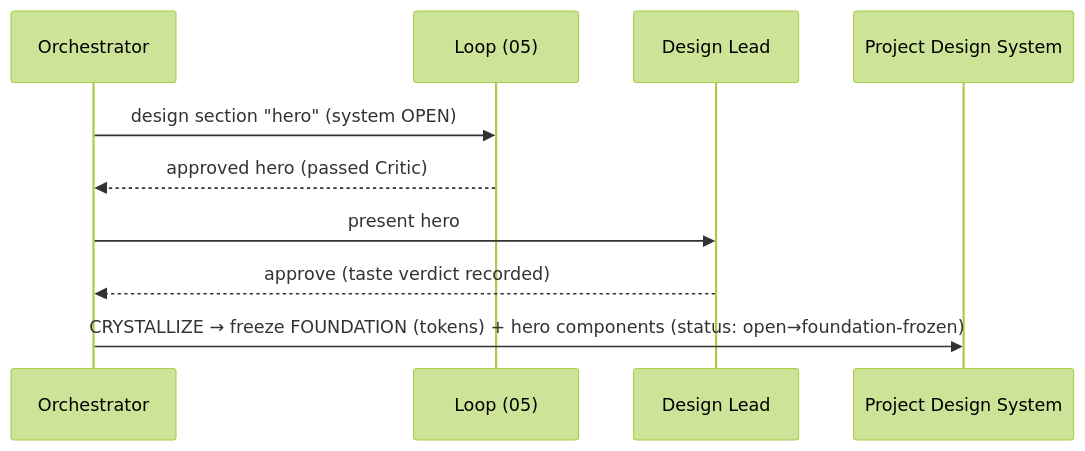
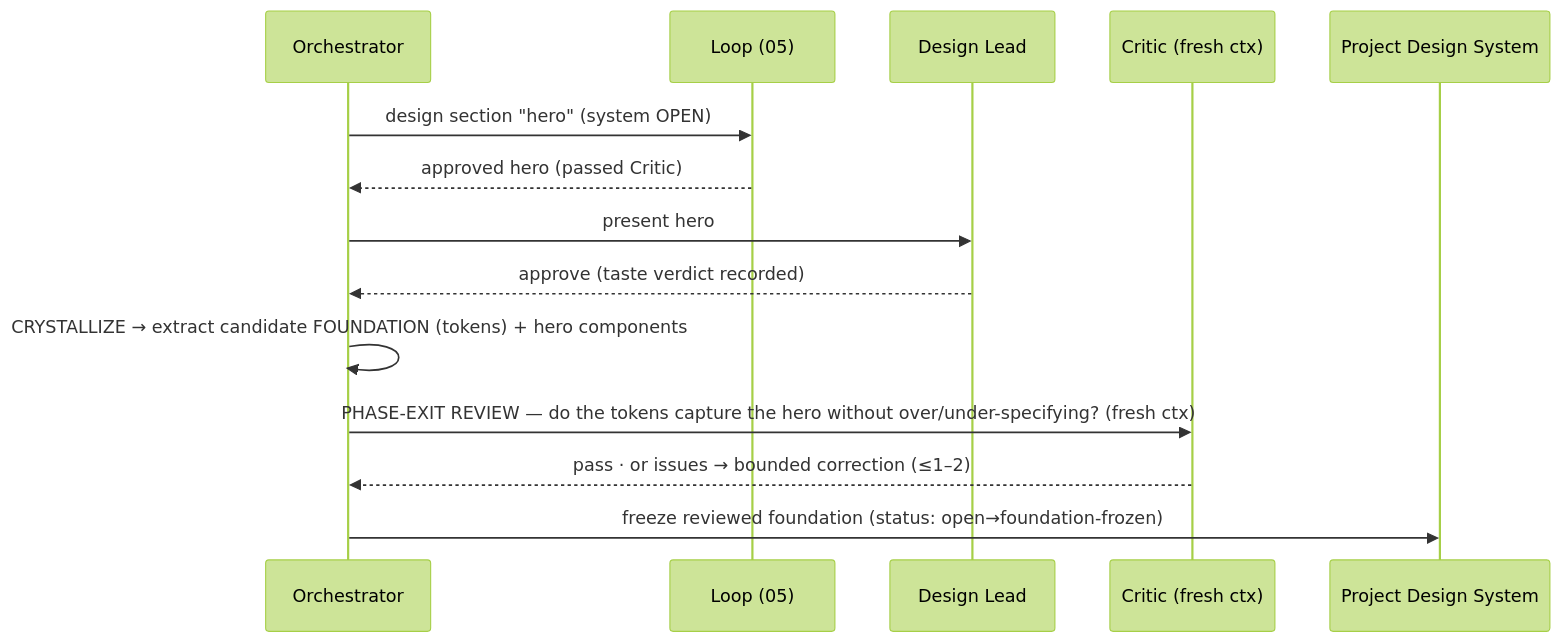
Before and after one commit to dev8xofficial/TroopHunter: the third of 6 diagrams in autonomous-design-engine/spec/06-workflows.md, drawn with Mermaid (forest theme). The commit also changed other lines of this file and 8 other files, not shown here.

First line of the commit message:
Enhance Phase-Exit Review Process Across Artifacts

````diff
--- a/autonomous-design-engine/spec/06-workflows.md
+++ b/autonomous-design-engine/spec/06-workflows.md
@@ -60,13 +63,17 @@
 ```mermaid
 sequenceDiagram
     participant O as Orchestrator
     participant L as Loop (05)
     participant U as Design Lead
+    participant C as Critic (fresh ctx)
     participant PDS as Project Design System
 
     O->>L: design section "hero" (system OPEN)
     L-->>O: approved hero (passed Critic)
     O->>U: present hero
     U-->>O: approve (taste verdict recorded)
-    O->>PDS: CRYSTALLIZE → freeze FOUNDATION (tokens) + hero components (status: open→foundation-frozen)
+    O->>O: CRYSTALLIZE → extract candidate FOUNDATION (tokens) + hero components
+    O->>C: PHASE-EXIT REVIEW — do the tokens capture the hero without over/under-specifying? (fresh ctx)
+    C-->>O: pass · or issues → bounded correction (≤1–2)
+    O->>PDS: freeze reviewed foundation (status: open→foundation-frozen)
 ```
````
